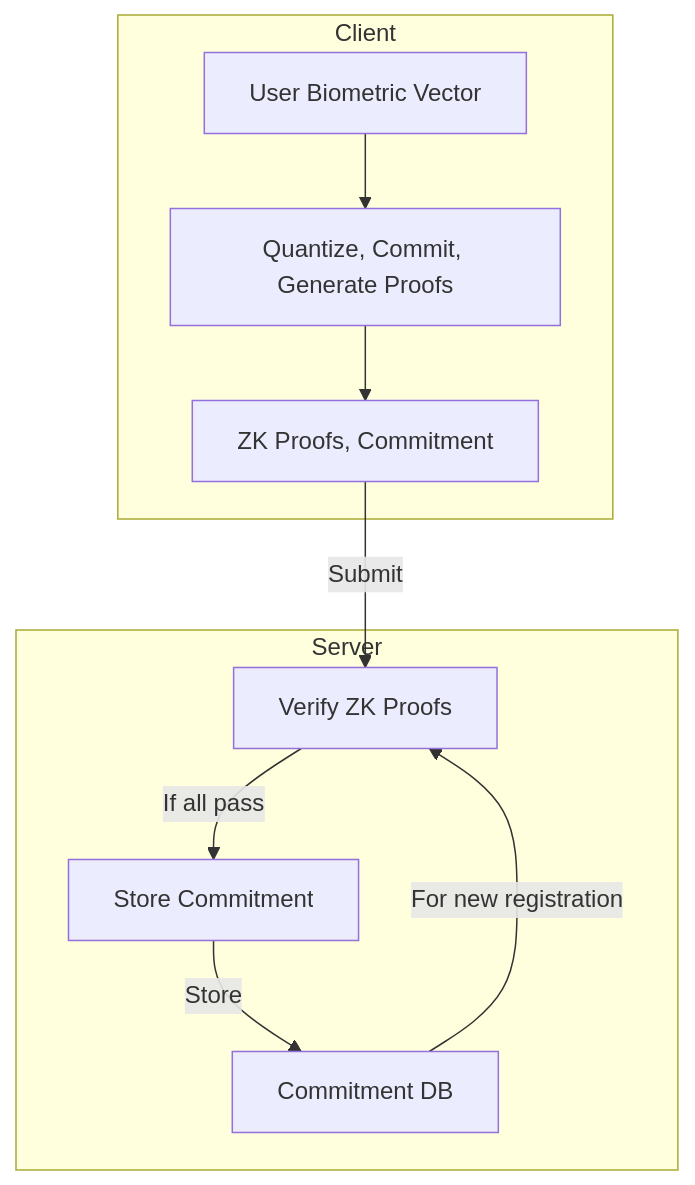
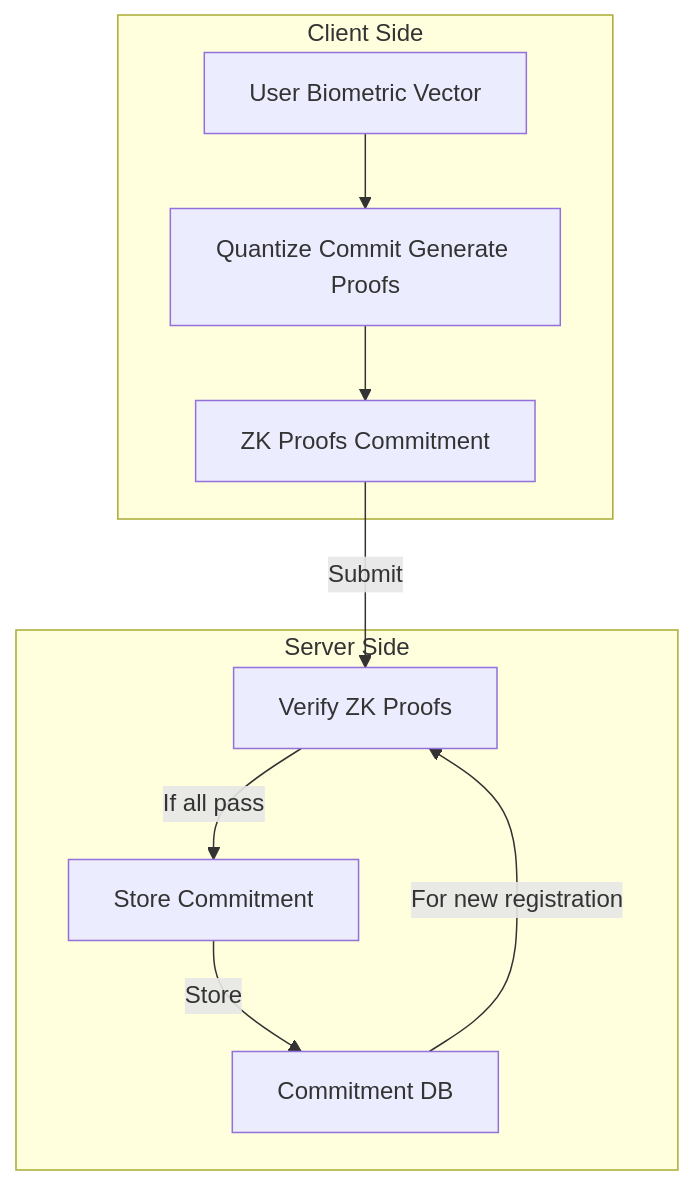
One commit to ManiBAJPAI22/ZK-match changed the third of 3 diagrams in docs/ARCHITECTURE.md. Above: the diagram before and after it, drawn with Mermaid. The commit also changed other lines of this file, not shown here.

Commit message:
architecture

````diff
--- a/docs/ARCHITECTURE.md
+++ b/docs/ARCHITECTURE.md
@@ -72,19 +72,19 @@
 ```mermaid
 flowchart TD
-    subgraph Client
+    subgraph Client[Client Side]
         A1[User Biometric Vector]
-        A2[Quantize, Commit, Generate Proofs]
-        A3[ZK Proofs, Commitment]
+        A2[Quantize Commit Generate Proofs]
+        A3[ZK Proofs Commitment]
     end
-    subgraph Server
+    subgraph Server[Server Side]
         B1[Commitment DB]
         B2[Verify ZK Proofs]
         B3[Store Commitment]
     end
     A1 --> A2
     A2 --> A3
     A3 -->|Submit| B2
     B2 -->|If all pass| B3
     B3 -->|Store| B1
     B1 -->|For new registration| B2
 ```
````
